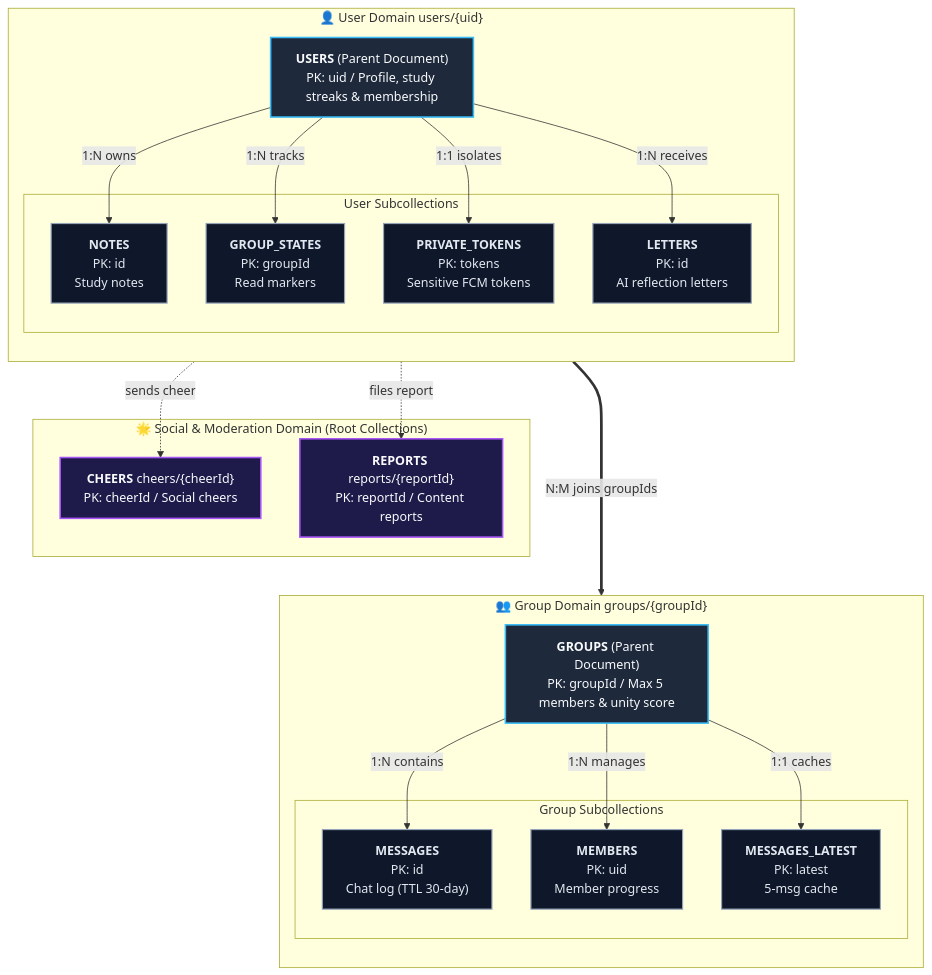
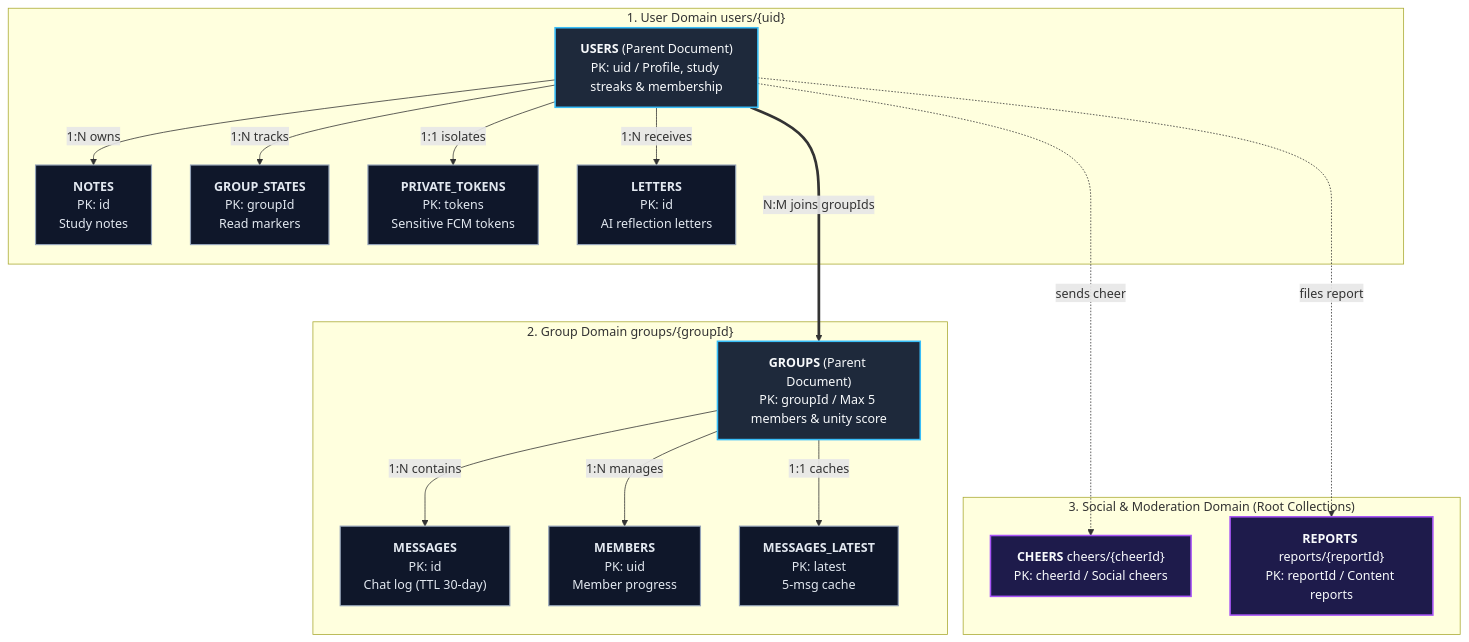
The first of 2 diagrams in docs/database-security.md (ScriptureHabit/scripture-habit), drawn with Mermaid before and after one commit. The commit also changed 1 other file, not shown here.

Commit message:
docs: strictly order ER layout vertically (User -> Group -> Social)

````diff
--- a/docs/database-security.md
+++ b/docs/database-security.md
@@ -11,47 +11,43 @@
 ```mermaid
 flowchart TD
     classDef main fill:#1e293b,stroke:#38bdf8,stroke-width:2px,color:#f8fafc;
     classDef sub fill:#0f172a,stroke:#94a3b8,stroke-width:1.5px,color:#e2e8f0;
     classDef social fill:#1e1b4b,stroke:#a855f7,stroke-width:2px,color:#f8fafc;
 
-    subgraph UserDomain["👤 User Domain users/{uid}"]
-        direction TB
+    subgraph UserDomain["1. User Domain users/{uid}"]
         USERS["<b>USERS</b> (Parent Document)<br/>PK: uid / Profile, study streaks & membership"]:::main
 
-        subgraph UserSubs["User Subcollections"]
-            NOTES["<b>NOTES</b><br/>PK: id<br/>Study notes"]:::sub
-            GROUP_STATES["<b>GROUP_STATES</b><br/>PK: groupId<br/>Read markers"]:::sub
-            PRIVATE_TOKENS["<b>PRIVATE_TOKENS</b><br/>PK: tokens<br/>Sensitive FCM tokens"]:::sub
-            LETTERS["<b>LETTERS</b><br/>PK: id<br/>AI reflection letters"]:::sub
-        end
+        NOTES["<b>NOTES</b><br/>PK: id<br/>Study notes"]:::sub
+        GROUP_STATES["<b>GROUP_STATES</b><br/>PK: groupId<br/>Read markers"]:::sub
+        PRIVATE_TOKENS["<b>PRIVATE_TOKENS</b><br/>PK: tokens<br/>Sensitive FCM tokens"]:::sub
+        LETTERS["<b>LETTERS</b><br/>PK: id<br/>AI reflection letters"]:::sub
 
         USERS -->|1:N owns| NOTES
         USERS -->|1:N tracks| GROUP_STATES
         USERS -->|1:1 isolates| PRIVATE_TOKENS
         USERS -->|1:N receives| LETTERS
     end
 
-    subgraph GroupDomain["👥 Group Domain groups/{groupId}"]
-        direction TB
+    subgraph GroupDomain["2. Group Domain groups/{groupId}"]
         GROUPS["<b>GROUPS</b> (Parent Document)<br/>PK: groupId / Max 5 members & unity score"]:::main
 
-        subgraph GroupSubs["Group Subcollections"]
-            MESSAGES["<b>MESSAGES</b><br/>PK: id<br/>Chat log (TTL 30-day)"]:::sub
-            MEMBERS["<b>MEMBERS</b><br/>PK: uid<br/>Member progress"]:::sub
-            MESSAGES_LATEST["<b>MESSAGES_LATEST</b><br/>PK: latest<br/>5-msg cache"]:::sub
-        end
+        MESSAGES["<b>MESSAGES</b><br/>PK: id<br/>Chat log (TTL 30-day)"]:::sub
+        MEMBERS["<b>MEMBERS</b><br/>PK: uid<br/>Member progress"]:::sub
+        MESSAGES_LATEST["<b>MESSAGES_LATEST</b><br/>PK: latest<br/>5-msg cache"]:::sub
 
         GROUPS -->|1:N contains| MESSAGES
         GROUPS -->|1:N manages| MEMBERS
         GROUPS -->|1:1 caches| MESSAGES_LATEST
     end
 
-    subgraph SocialDomain["🌟 Social & Moderation Domain (Root Collections)"]
+    subgraph SocialDomain["3. Social & Moderation Domain (Root Collections)"]
         CHEERS["<b>CHEERS</b> cheers/{cheerId}<br/>PK: cheerId / Social cheers"]:::social
         REPORTS["<b>REPORTS</b> reports/{reportId}<br/>PK: reportId / Content reports"]:::social
     end
 
     USERS ===>|N:M joins groupIds| GROUPS
+    GROUPS ~~~ CHEERS
+    GROUPS ~~~ REPORTS
     USERS -.->|sends cheer| CHEERS
     USERS -.->|files report| REPORTS
 ```
````
